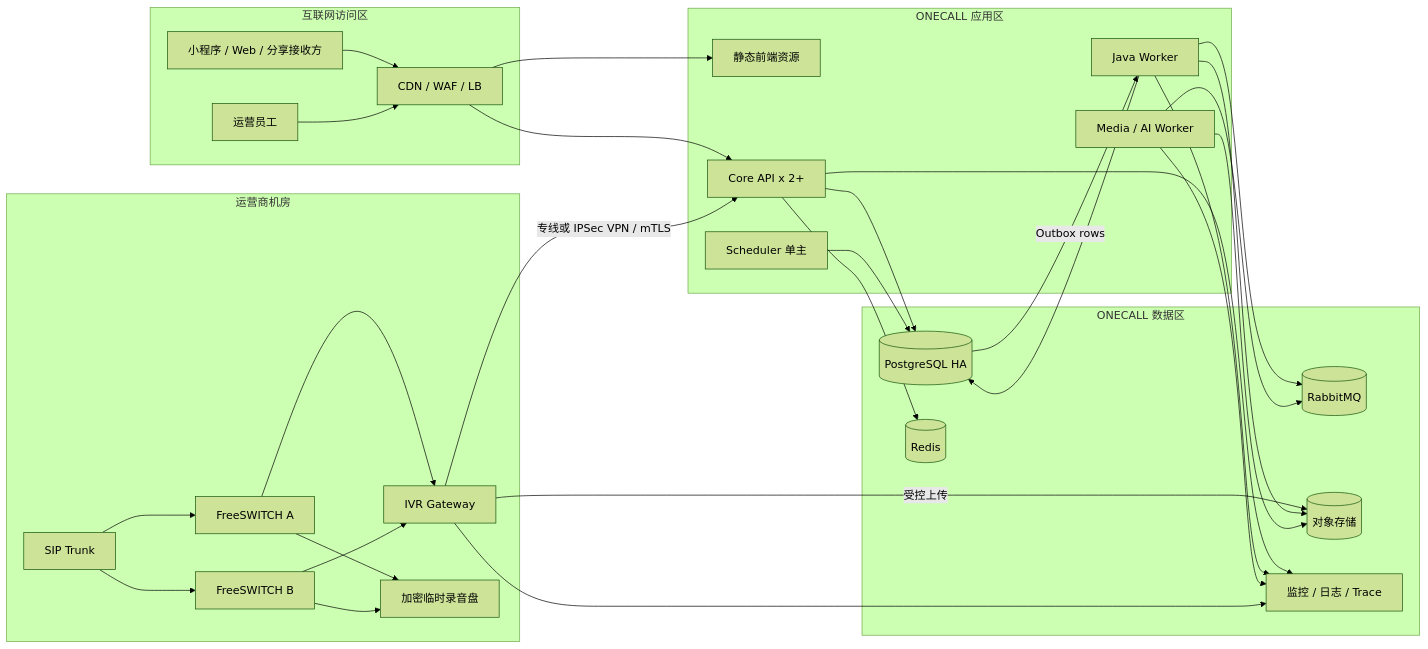
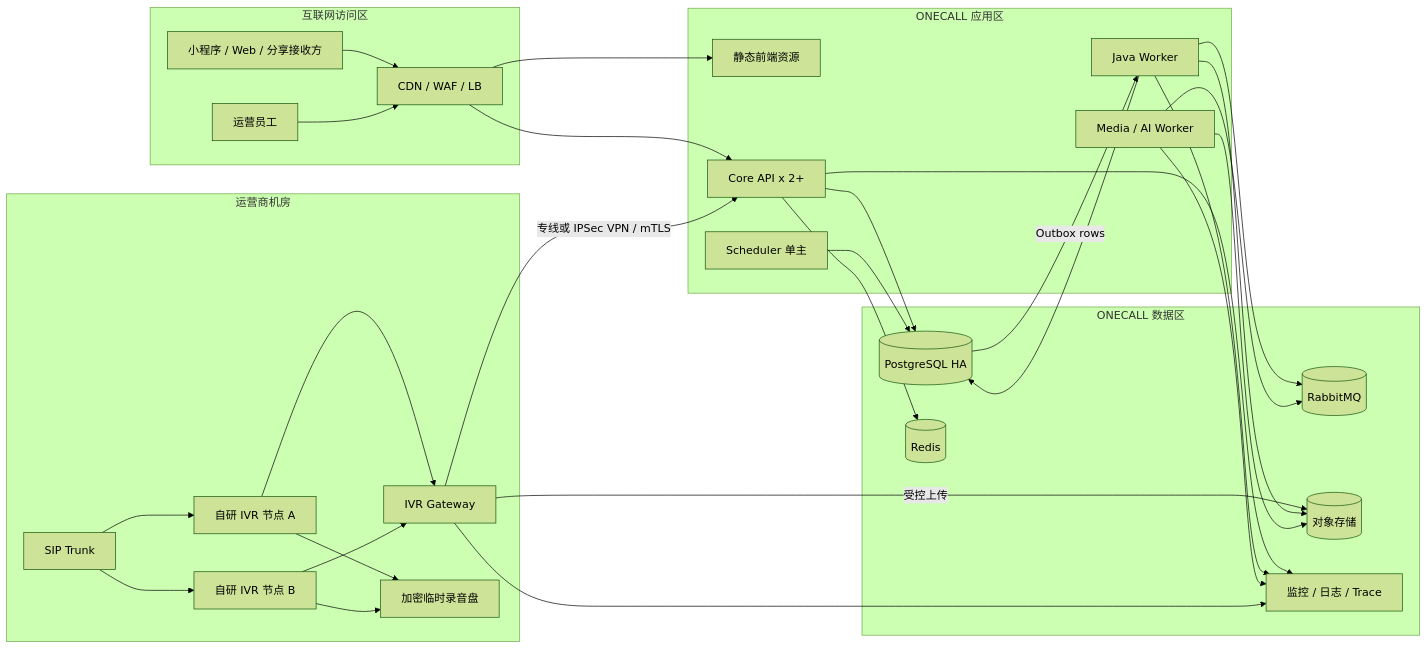
One commit to zh94695424/one-call changed the second of 2 diagrams in docs/12-technology-stack-and-system-architecture.md. Above: the diagram before and after it, drawn with Mermaid (forest theme). The commit also changed other lines of this file and 12 other files, not shown here.

````diff
--- a/docs/12-technology-stack-and-system-architecture.md
+++ b/docs/12-technology-stack-and-system-architecture.md
@@ -132,58 +137,58 @@
 ```mermaid
 flowchart LR
     subgraph Internet[互联网访问区]
       USERS[小程序 / Web / 分享接收方]
       STAFF[运营员工]
       WAF[CDN / WAF / LB]
     end
 
     subgraph AppZone[ONECALL 应用区]
       FE[静态前端资源]
       API[Core API x 2+]
       JW[Java Worker]
       SCH[Scheduler 单主]
       PY[Media / AI Worker]
     end
 
     subgraph DataZone[ONECALL 数据区]
       DB[(PostgreSQL HA)]
       RC[(Redis)]
       RMQ[(RabbitMQ)]
       STORE[(对象存储)]
       OBS[监控 / 日志 / Trace]
     end
 
     subgraph CarrierDC[运营商机房]
       TRUNK[SIP Trunk]
-      FS1[FreeSWITCH A]
-      FS2[FreeSWITCH B]
+      FS1[自研 IVR 节点 A]
+      FS2[自研 IVR 节点 B]
       GW[IVR Gateway]
       SPOOL[加密临时录音盘]
     end
 
     USERS --> WAF
     STAFF --> WAF
     WAF --> FE
     WAF --> API
     TRUNK --> FS1
     TRUNK --> FS2
     FS1 --> GW
     FS2 --> GW
     FS1 --> SPOOL
     FS2 --> SPOOL
     GW -->|专线或 IPSec VPN / mTLS| API
     GW -->|受控上传| STORE
     API --> DB
     API --> RC
     JW --> DB
     DB -->|Outbox rows| JW
     JW --> RMQ
     JW --> STORE
     SCH --> DB
     PY --> RMQ
     PY --> STORE
     API --> OBS
     JW --> OBS
     PY --> OBS
     GW --> OBS
 ```
````
